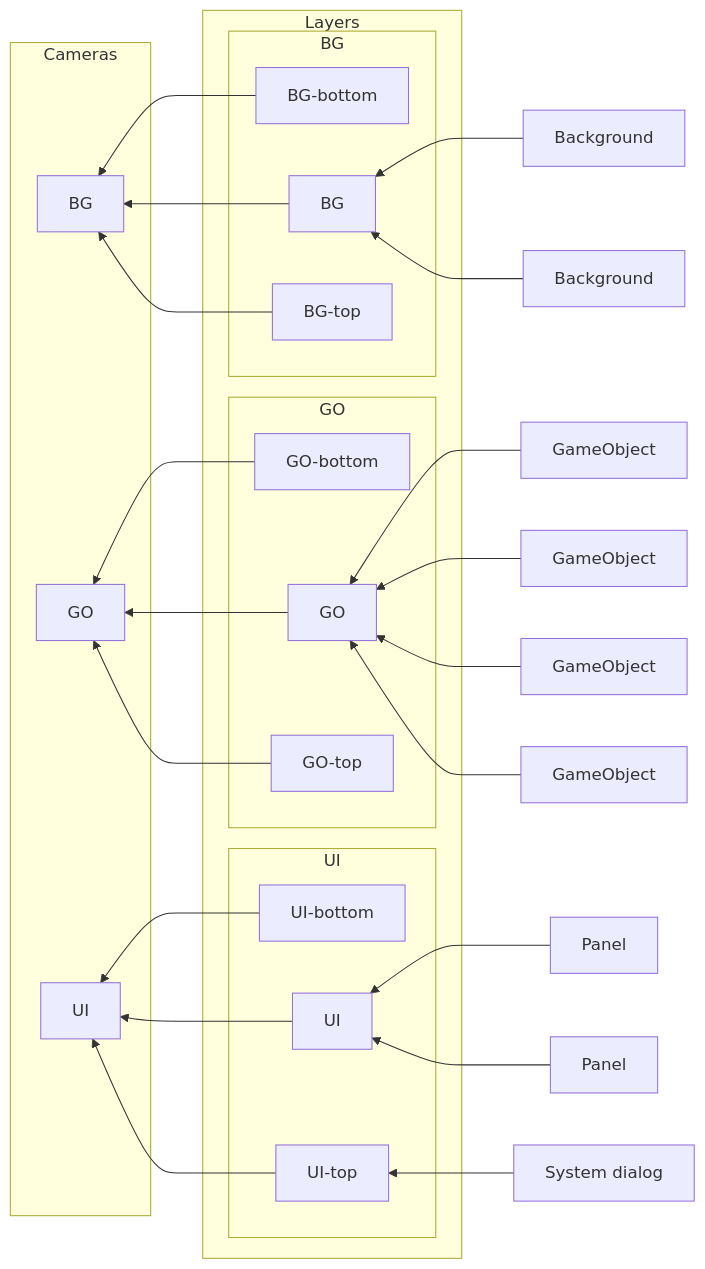
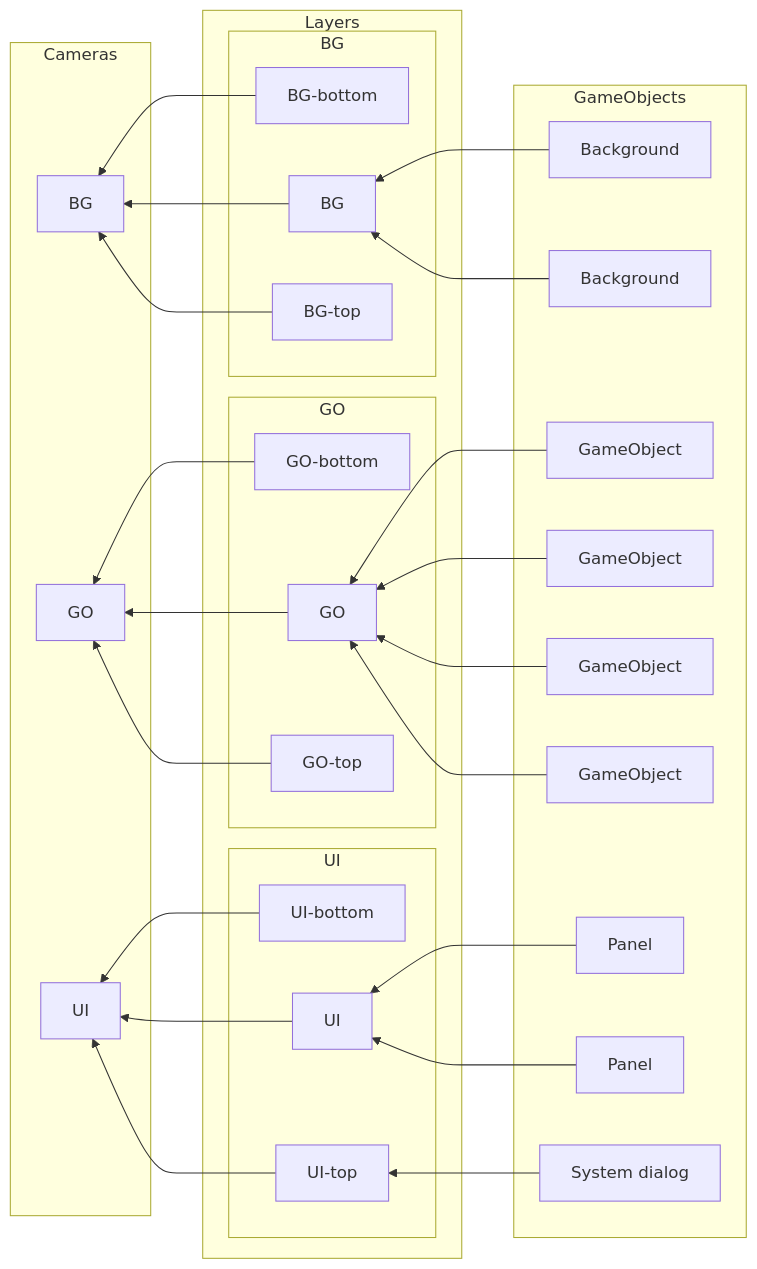
One commit to rexrainbow/phaser3-rex-notes changed the diagram in docs/docs/layermanager.md. Above: the diagram before and after it, drawn with Mermaid. The commit also changed 5 other files, not shown here.

````diff
--- a/docs/docs/layermanager.md
+++ b/docs/docs/layermanager.md
@@ -8,53 +8,55 @@
 ```mermaid
 graph RL
 
     subgraph Cameras
       cameraBG[BG]
       cameraGO[GO]
       cameraUI[UI]
     end
 
     subgraph Layers
       subgraph BG
         layerBGBottom[BG-bottom]
         layerBG[BG]
         layerBGTop[BG-top]
       end
 
       subgraph GO
         layerGOBottom[GO-bottom]
         layerGO[GO]
         layerGOTop[GO-top]
       end
 
       subgraph UI
         layerUIBottom[UI-bottom]
         layerUI[UI]
         layerUITop[UI-top]
       end
     end
 
     layerBGBottom --> cameraBG
     layerBG --> cameraBG
     layerBGTop --> cameraBG
 
     layerGOBottom --> cameraGO
     layerGO --> cameraGO
     layerGOTop --> cameraGO
 
     layerUIBottom --> cameraUI
     layerUI --> cameraUI
     layerUITop --> cameraUI
 
-    goBG0["Background"] --> layerBG
-    goBG1["Background"] --> layerBG
+    subgraph GameObjects
+      goBG0["Background"] --> layerBG
+      goBG1["Background"] --> layerBG
 
-    go0[GameObject] --> layerGO
-    go1[GameObject] --> layerGO
-    go2[GameObject] --> layerGO
-    go3[GameObject] --> layerGO
+      go0[GameObject] --> layerGO
+      go1[GameObject] --> layerGO
+      go2[GameObject] --> layerGO
+      go3[GameObject] --> layerGO
 
-    goUI0[Panel] --> layerUI
-    goUI1[Panel] --> layerUI
-    goSYSUI[System dialog] --> layerUITop
+      goUI0[Panel] --> layerUI
+      goUI1[Panel] --> layerUI
+      goSYSUI[System dialog] --> layerUITop
+    end
 ```
````
